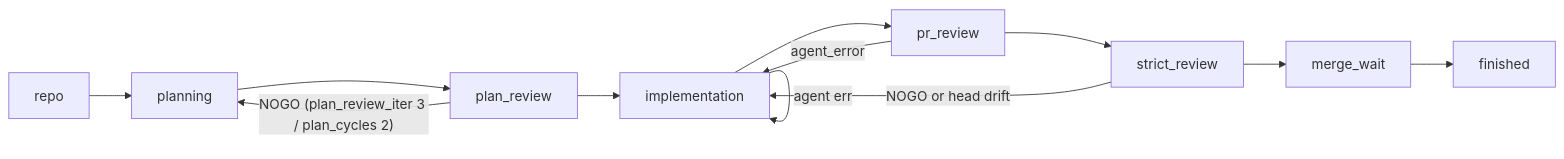
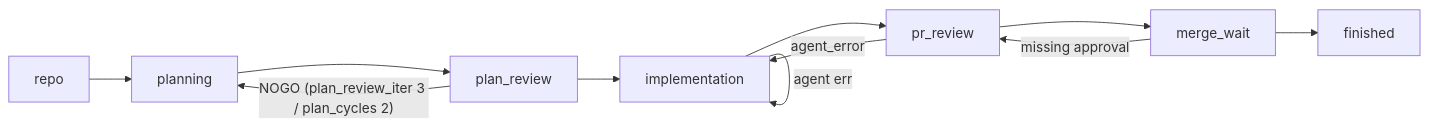
The diagram in docs/AUTOMATION_LOOP_ARCHITECTURE.md (HomericIntelligence/Hephaestus), drawn with Mermaid before and after one commit. The commit also changed other lines of this file and 90 other files, not shown here.

````diff
--- a/docs/AUTOMATION_LOOP_ARCHITECTURE.md
+++ b/docs/AUTOMATION_LOOP_ARCHITECTURE.md
@@ -35,8 +35,8 @@
 ```mermaid
 flowchart LR
-  repo --> planning --> plan_review --> implementation --> pr_review --> strict_review --> merge_wait --> finished
+  repo --> planning --> plan_review --> implementation --> pr_review --> merge_wait --> finished
   plan_review -- "NOGO (plan_review_iter 3 / plan_cycles 2)" --> planning
   implementation -- "agent err" --> implementation
   pr_review -- "agent_error" --> implementation
-  strict_review -- "NOGO or head drift" --> implementation
+  merge_wait -- "missing approval" --> pr_review
 ```
````
